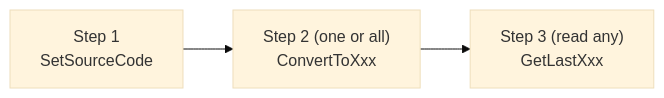
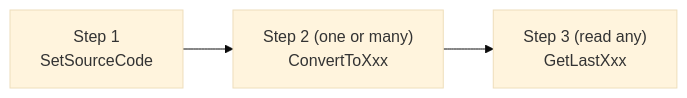
One commit to PassByYou888/LingoFuse-Tools changed the fifth of 6 diagrams in src/pascal_c_to_abi/code_decl_to_abi_OPERATIONS.md. Above: the diagram before and after it, drawn with Mermaid (base theme). The commit also changed other lines of this file and 35 other files, not shown here.

````diff
--- a/src/pascal_c_to_abi/code_decl_to_abi_OPERATIONS.md
+++ b/src/pascal_c_to_abi/code_decl_to_abi_OPERATIONS.md
@@ -880,5 +973,5 @@
 ```mermaid
 flowchart LR
-    S1["Step 1<br/>SetSourceCode"] --> S2["Step 2 (one or all)<br/>ConvertToXxx"]
+    S1["Step 1<br/>SetSourceCode"] --> S2["Step 2 (one or many)<br/>ConvertToXxx"]
     S2 --> S3["Step 3 (read any)<br/>GetLastXxx"]
 ```
````
